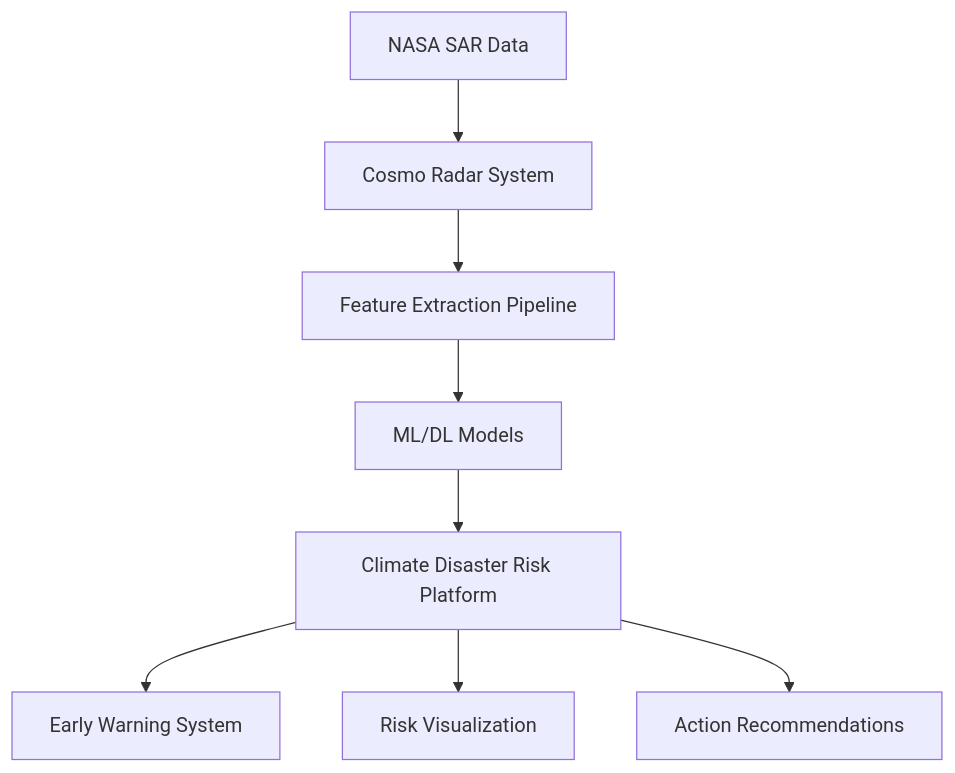
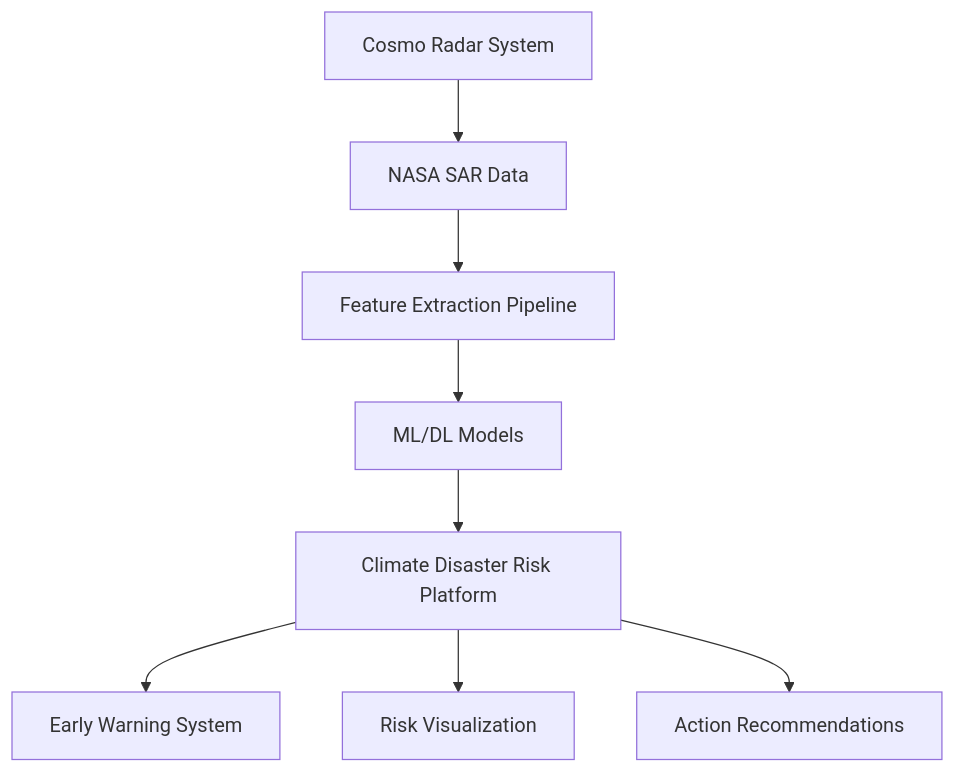
The diagram in README.md (CryoYam1n/NSAC-EchoExplorer), drawn with Mermaid before and after one commit.

````diff
--- a/README.md
+++ b/README.md
@@ -34,10 +34,10 @@
 ```mermaid
 graph TB
-    A[NASA SAR Data] --> B[Cosmo Radar System]
+    A[Cosmo Radar System] --> B[NASA SAR Data]
     B --> C[Feature Extraction Pipeline]
     C --> D[ML/DL Models]
     D --> E[Climate Disaster Risk Platform]
     E --> F[Early Warning System]
     E --> G[Risk Visualization]
     E --> H[Action Recommendations]
 ```
````
